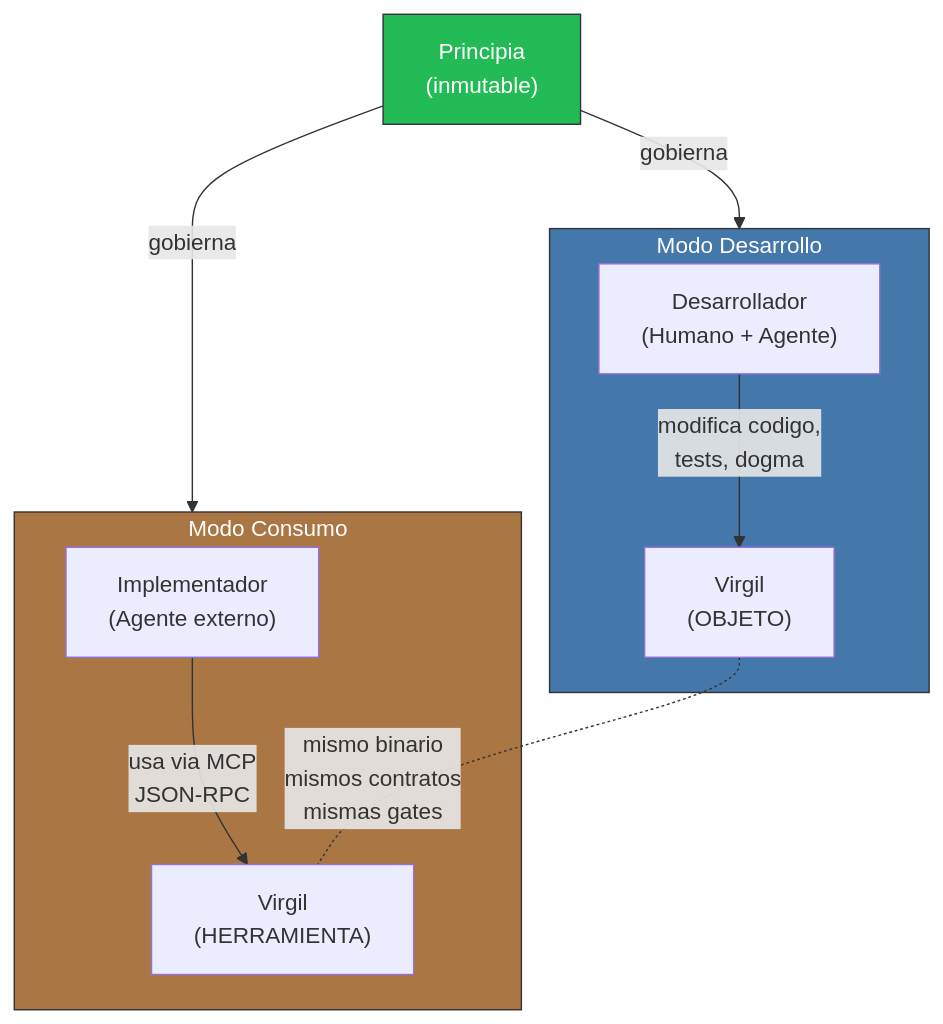
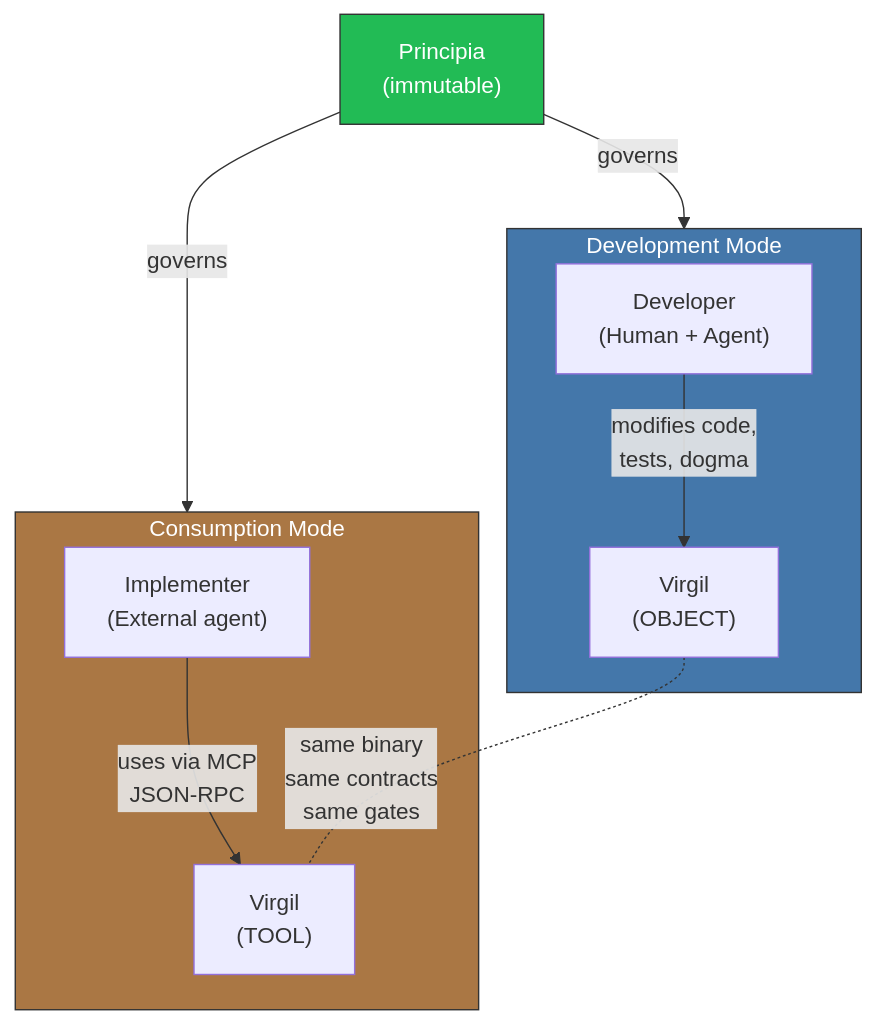
One commit to virgenherrera/virgil changed the first of 3 diagrams in principia/sections/09-interaction-model.md. Above: the diagram before and after it, drawn with Mermaid. The commit also changed other lines of this file and 42 other files, not shown here.

````diff
--- a/principia/sections/09-interaction-model.md
+++ b/principia/sections/09-interaction-model.md
@@ -40,22 +40,22 @@
 ```mermaid
 flowchart TD
-    subgraph DESARROLLO["Modo Desarrollo"]
-        DEV["Desarrollador\n(Humano + Agente)"]
-        DEV -->|"modifica codigo,\ntests, dogma"| V_OBJ["Virgil\n(OBJETO)"]
+    subgraph DESARROLLO["Development Mode"]
+        DEV["Developer\n(Human + Agent)"]
+        DEV -->|"modifies code,\ntests, dogma"| V_OBJ["Virgil\n(OBJECT)"]
     end
 
-    subgraph CONSUMO["Modo Consumo"]
-        IMPL["Implementador\n(Agente externo)"]
-        IMPL -->|"usa via MCP\nJSON-RPC"| V_TOOL["Virgil\n(HERRAMIENTA)"]
+    subgraph CONSUMO["Consumption Mode"]
+        IMPL["Implementer\n(External agent)"]
+        IMPL -->|"uses via MCP\nJSON-RPC"| V_TOOL["Virgil\n(TOOL)"]
     end
 
-    V_OBJ -.-|"mismo binario\nmismos contratos\nmismas gates"| V_TOOL
+    V_OBJ -.-|"same binary\nsame contracts\nsame gates"| V_TOOL
 
-    PRINCIPIA["Principia\n(inmutable)"]
-    PRINCIPIA -->|"gobierna"| DESARROLLO
-    PRINCIPIA -->|"gobierna"| CONSUMO
+    PRINCIPIA["Principia\n(immutable)"]
+    PRINCIPIA -->|"governs"| DESARROLLO
+    PRINCIPIA -->|"governs"| CONSUMO
 
     style PRINCIPIA fill:#2b5,stroke:#333,color:#fff
     style DESARROLLO fill:#47a,stroke:#333,color:#fff
     style CONSUMO fill:#a74,stroke:#333,color:#fff
 ```
````
